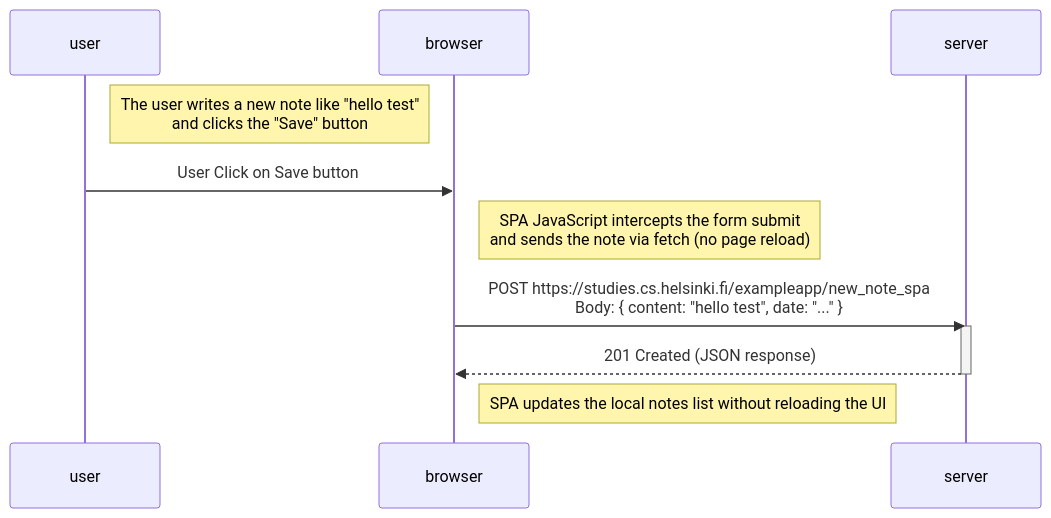
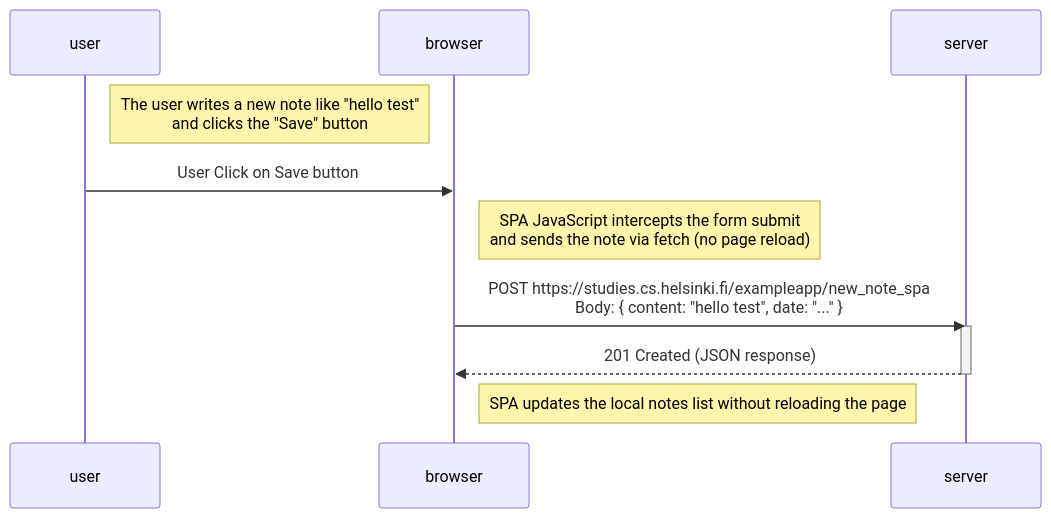
The diagram in part0/SequelDiagram-0.6.md (jagustinmr/FullStackCourse), drawn with Mermaid before and after one commit.

````diff
--- a/part0/SequelDiagram-0.6.md
+++ b/part0/SequelDiagram-0.6.md
@@ -1,19 +1,19 @@
 ```mermaid
 sequenceDiagram
     participant user
     participant browser
     participant server
 
     Note right of user: The user writes a new note like "hello test"<br>and clicks the "Save" button
 
     user->>browser: User Click on Save button
 
     Note right of browser: SPA JavaScript intercepts the form submit<br>and sends the note via fetch (no page reload)
 
     browser->>server: POST https://studies.cs.helsinki.fi/exampleapp/new_note_spa<br>Body: { content: "hello test", date: "..." }
     activate server
     server-->>browser: 201 Created (JSON response)
     deactivate server
 
-    Note right of browser: SPA updates the local notes list without reloading the UI
+    Note right of browser: SPA updates the local notes list without reloading the page
 ```
````
